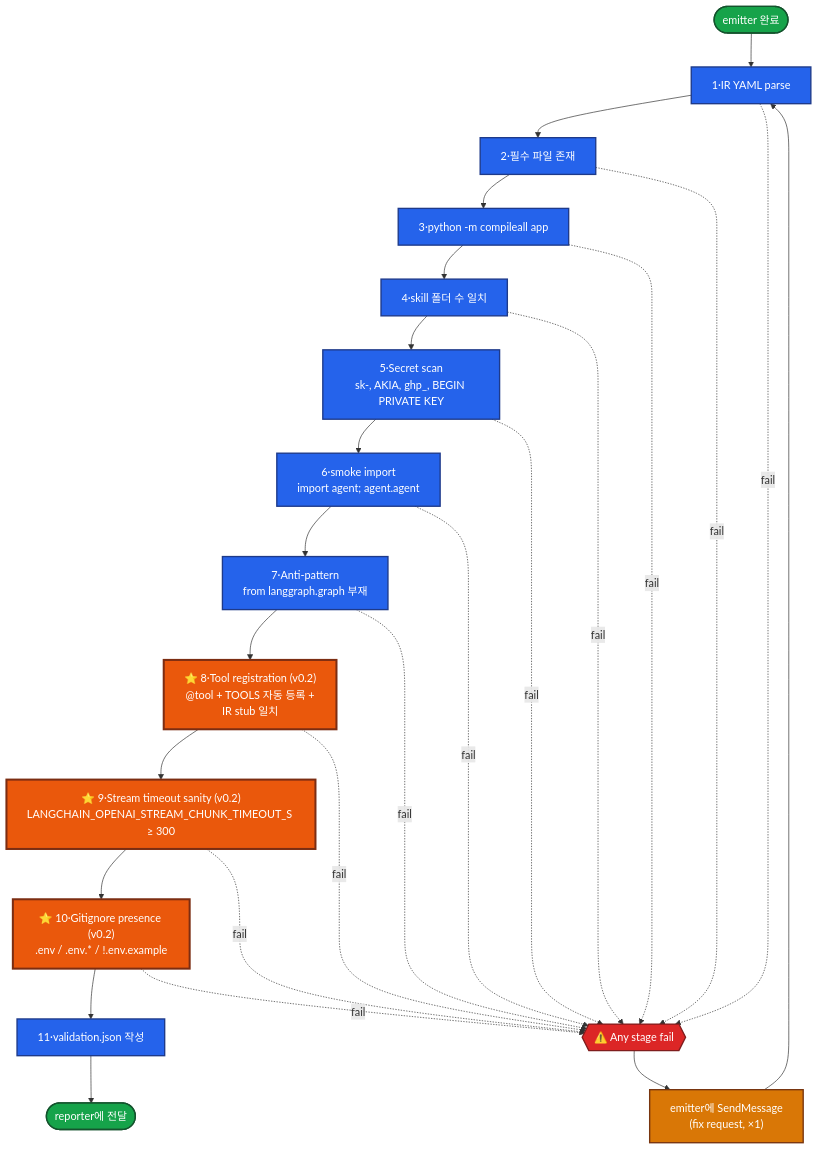
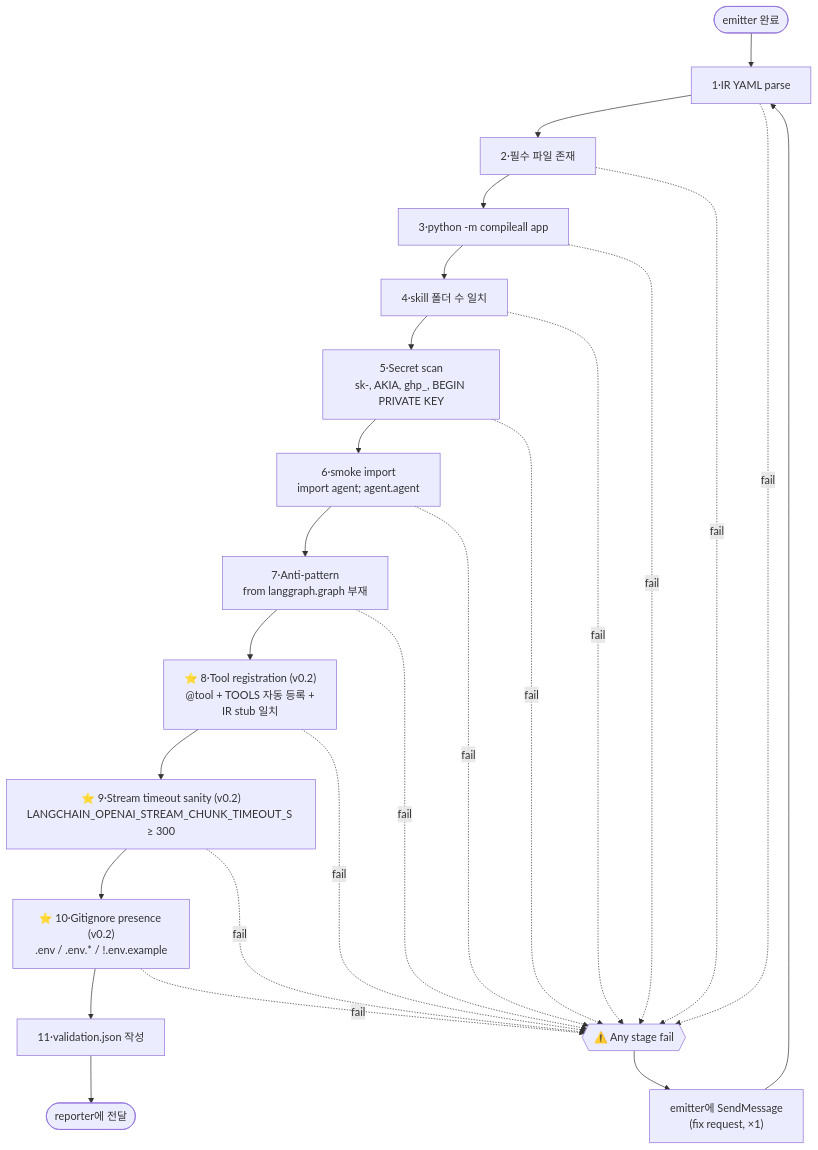
The seventh of 10 diagrams in README.md (tykimos/harness2deepagents), drawn with Mermaid before and after one commit. The commit also changed other lines of this file and 1 other file, not shown here.

First line of the commit message:
style(readme): drop mermaid color styling, use default theme

````diff
--- a/README.md
+++ b/README.md
@@ -307,29 +279,24 @@
 ```mermaid
 flowchart TB
-    classDef stage fill:#2563eb,color:#fff,stroke:#1e3a8a,stroke-width:2px
-    classDef new fill:#ea580c,color:#fff,stroke:#7c2d12,stroke-width:3px
-    classDef done fill:#16a34a,color:#fff,stroke:#14532d,stroke-width:2px
-    classDef fail fill:#dc2626,color:#fff,stroke:#7f1d1d,stroke-width:2px
-    classDef loop fill:#d97706,color:#fff,stroke:#78350f,stroke-width:2px
 
-    Start([emitter 완료]):::done
-    S1["1·IR YAML parse"]:::stage
-    S2["2·필수 파일 존재"]:::stage
-    S3["3·python -m compileall app"]:::stage
-    S4["4·skill 폴더 수 일치"]:::stage
-    S5["5·Secret scan<br/>sk-, AKIA, ghp_, BEGIN PRIVATE KEY"]:::stage
-    S6["6·smoke import<br/>import agent; agent.agent"]:::stage
-    S7["7·Anti-pattern<br/>from langgraph.graph 부재"]:::stage
-    S8["⭐ 8·Tool registration (v0.2)<br/>@tool + TOOLS 자동 등록 +<br/>IR stub 일치"]:::new
-    S9["⭐ 9·Stream timeout sanity (v0.2)<br/>LANGCHAIN_OPENAI_STREAM_CHUNK_TIMEOUT_S ≥ 300"]:::new
-    S10["⭐ 10·Gitignore presence (v0.2)<br/>.env / .env.* / !.env.example"]:::new
-    S11["11·validation.json 작성"]:::stage
+    Start([emitter 완료])
+    S1["1·IR YAML parse"]
+    S2["2·필수 파일 존재"]
+    S3["3·python -m compileall app"]
+    S4["4·skill 폴더 수 일치"]
+    S5["5·Secret scan<br/>sk-, AKIA, ghp_, BEGIN PRIVATE KEY"]
+    S6["6·smoke import<br/>import agent; agent.agent"]
+    S7["7·Anti-pattern<br/>from langgraph.graph 부재"]
+    S8["⭐ 8·Tool registration (v0.2)<br/>@tool + TOOLS 자동 등록 +<br/>IR stub 일치"]
+    S9["⭐ 9·Stream timeout sanity (v0.2)<br/>LANGCHAIN_OPENAI_STREAM_CHUNK_TIMEOUT_S ≥ 300"]
+    S10["⭐ 10·Gitignore presence (v0.2)<br/>.env / .env.* / !.env.example"]
+    S11["11·validation.json 작성"]
 
-    Done([reporter에 전달]):::done
-    Fail{{"⚠️ Any stage fail"}}:::fail
-    FixLoop["emitter에 SendMessage<br/>(fix request, ×1)"]:::loop
+    Done([reporter에 전달])
+    Fail{{"⚠️ Any stage fail"}}
+    FixLoop["emitter에 SendMessage<br/>(fix request, ×1)"]
 
     Start --> S1 --> S2 --> S3 --> S4 --> S5 --> S6 --> S7 --> S8 --> S9 --> S10 --> S11 --> Done
     S1 & S2 & S3 & S4 & S5 & S6 & S7 & S8 & S9 & S10 -.->|fail| Fail
     Fail --> FixLoop --> S1
 ```
````
